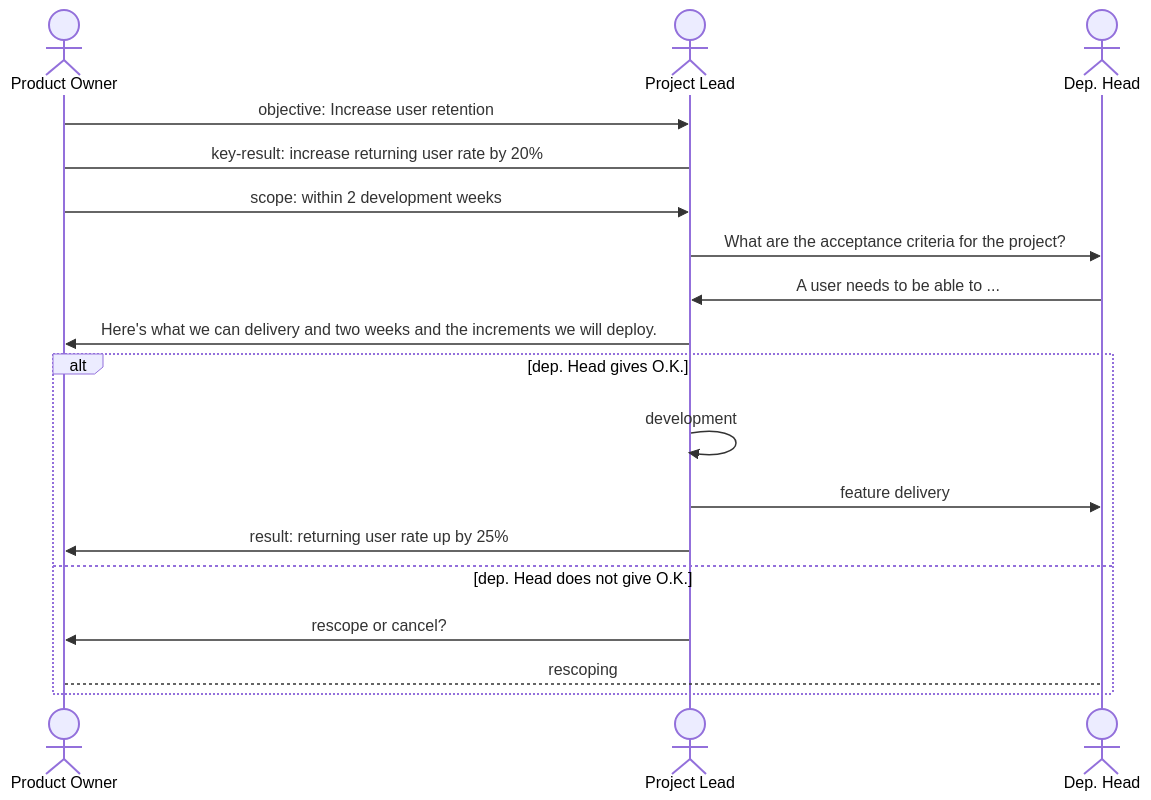
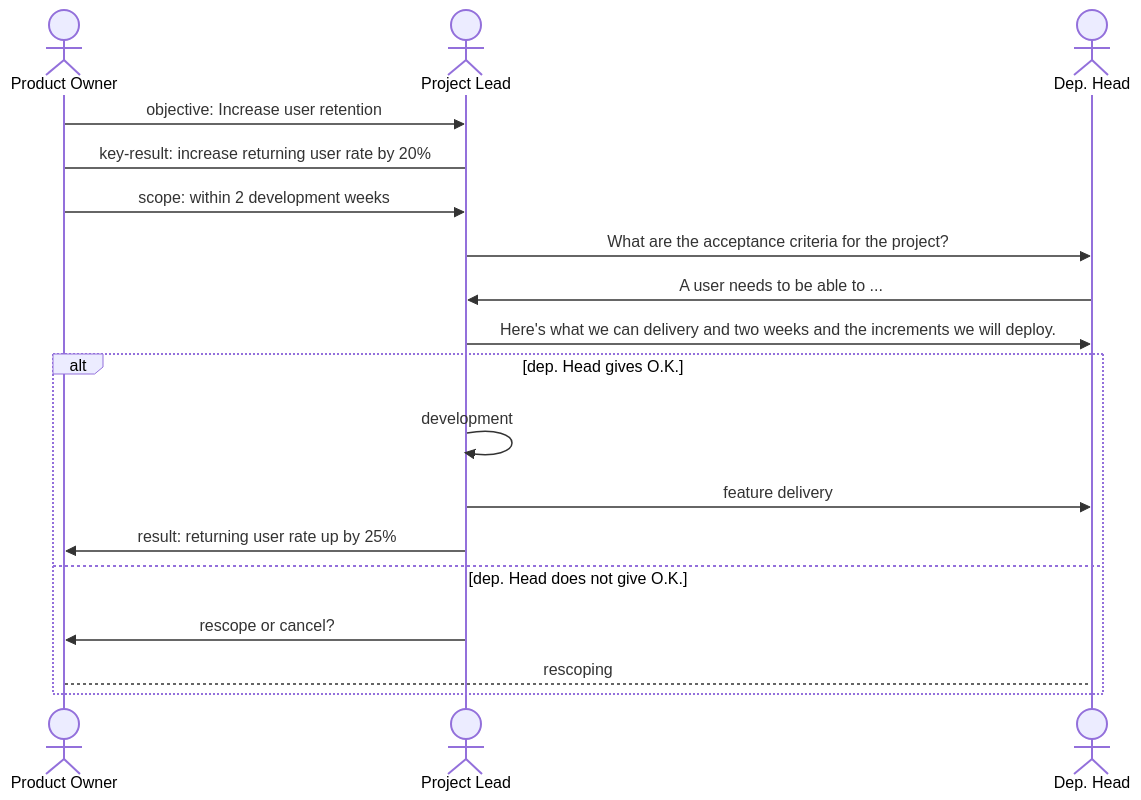
Before and after one commit to voiio/voiio.github.io: the third of 3 diagrams in team_structure.md, drawn with Mermaid.

Commit message:
Fix little arrow

````diff
--- a/team_structure.md
+++ b/team_structure.md
@@ -94,22 +94,22 @@
 ```mermaid
 sequenceDiagram
     actor PO as Product Owner
     actor PL as Project Lead
     actor head as Dep. Head
     PO ->> PL : objective: Increase user retention
     PO -> PL : key-result: increase returning user rate by 20%
     PO ->> PL : scope: within 2 development weeks
     PL ->> head: What are the acceptance criteria for the project?
     head ->> PL: A user needs to be able to ...
-    PL ->> PO: Here's what we can delivery and two weeks and the increments we will deploy.
+    PL ->> head: Here's what we can delivery and two weeks and the increments we will deploy.
     alt dep. Head gives O.K.
     PL ->> PL: development
     PL ->> head: feature delivery
     PL ->> PO: result: returning user rate up by 25%
     else dep. Head does not give O.K.
     PL ->> PO: rescope or cancel?
     PO --> head: rescoping
     end
 
 
 ```
````
